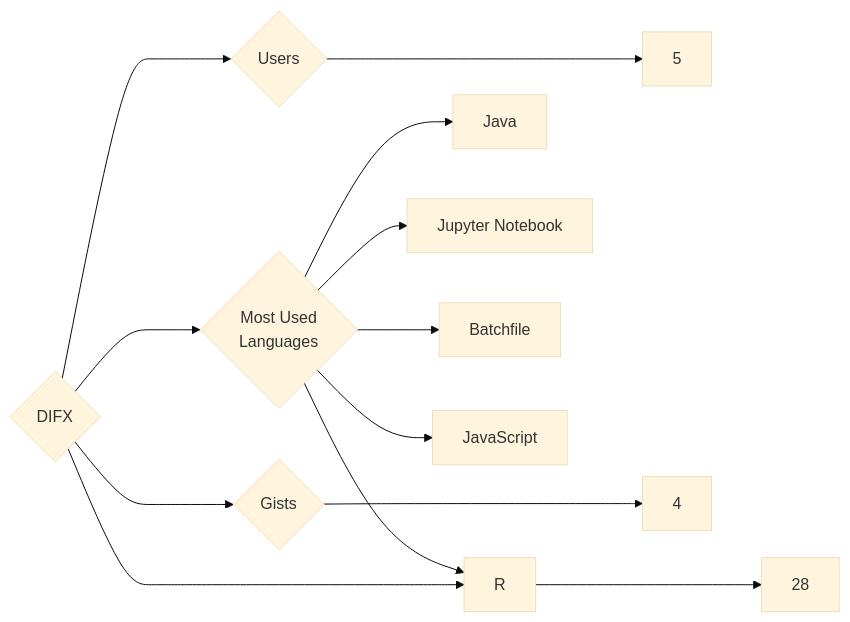
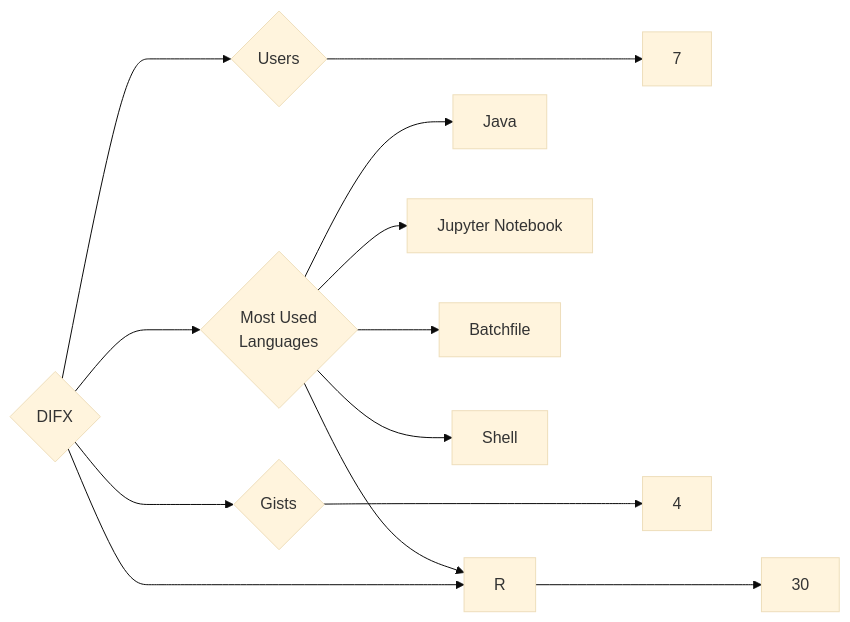
Before and after one commit to trickest/insiders: the diagram in targets/DIFX/README.md, drawn with Mermaid (base theme). The commit also changed 1055 other files, not shown here.

````diff
--- a/targets/DIFX/README.md
+++ b/targets/DIFX/README.md
@@ -3,13 +3,13 @@
 ```mermaid
 graph LR
 COMPANY_NAME{DIFX}
-COMPANY_NAME ---> U{Users} ---> UN[5]
-COMPANY_NAME ---> R{Repositories} ---> RN[28]
+COMPANY_NAME ---> U{Users} ---> UN[7]
+COMPANY_NAME ---> R{Repositories} ---> RN[30]
 COMPANY_NAME ---> G{Gists} ---> GN[4]
 COMPANY_NAME ---> ML{Most Used<br>Languages}
 ML --> Java[Java]
 ML --> Jupyter_Notebook[Jupyter Notebook]
 ML --> R[R]
 ML --> Batchfile[Batchfile]
-ML --> JavaScript[JavaScript]
+ML --> Shell[Shell]
 ```
````
